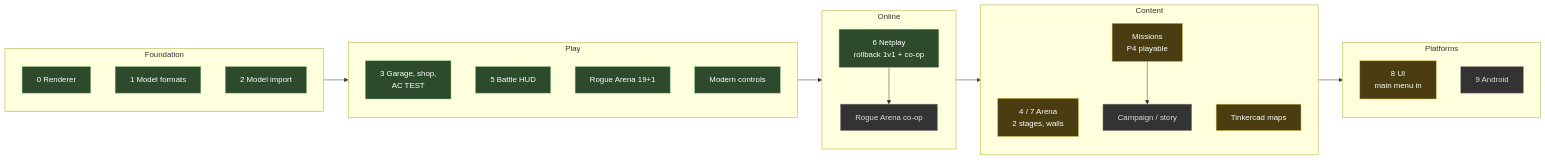
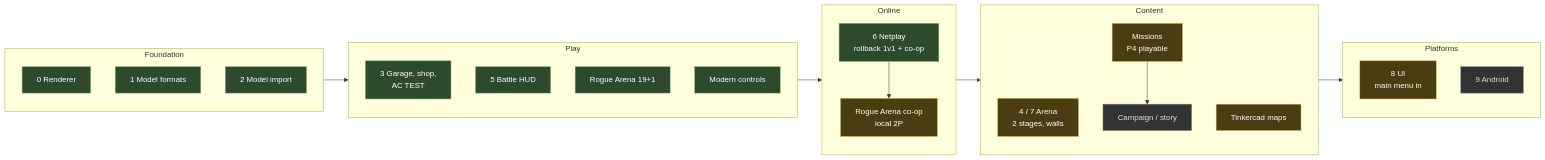
The diagram in docs/ROADMAP.md (Hatdagger/Armored-CoreR), drawn with Mermaid before and after one commit. The commit also changed other lines of this file and 1 other file, not shown here.

First line of the commit message:
Docs: Rogue Arena co-op decisions, progress and how to try it

````diff
--- a/docs/ROADMAP.md
+++ b/docs/ROADMAP.md
@@ -12,36 +12,36 @@
 ```mermaid
 flowchart LR
     subgraph Foundation
         R0["0 Renderer"]:::done
         R1["1 Model formats"]:::done
         R2["2 Model import"]:::done
     end
     subgraph Play
         R3["3 Garage, shop,<br/>AC TEST"]:::done
         R5["5 Battle HUD"]:::done
         RA["Rogue Arena 19+1"]:::done
         MC["Modern controls"]:::done
     end
     subgraph Online
         R6["6 Netplay<br/>rollback 1v1 + co-op"]:::done
-        CO["Rogue Arena co-op"]:::todo
+        CO["Rogue Arena co-op<br/>local 2P"]:::doing
     end
     subgraph Content
         R4["4 / 7 Arena<br/>2 stages, walls"]:::doing
         MS["Missions<br/>P4 playable"]:::doing
         TM["Tinkercad maps"]:::doing
         ST["Campaign / story"]:::todo
     end
     subgraph Platforms
         R8["8 UI<br/>main menu in"]:::doing
         R9["9 Android"]:::todo
     end
 
     Foundation --> Play --> Online --> Content --> Platforms
     R6 --> CO
     MS --> ST
 
     classDef done fill:#2d4a2d,stroke:#7fbf7f,color:#fff
     classDef doing fill:#4a3d12,stroke:#e0c050,color:#fff
     classDef todo fill:#333,stroke:#888,color:#ddd
 ```
````
